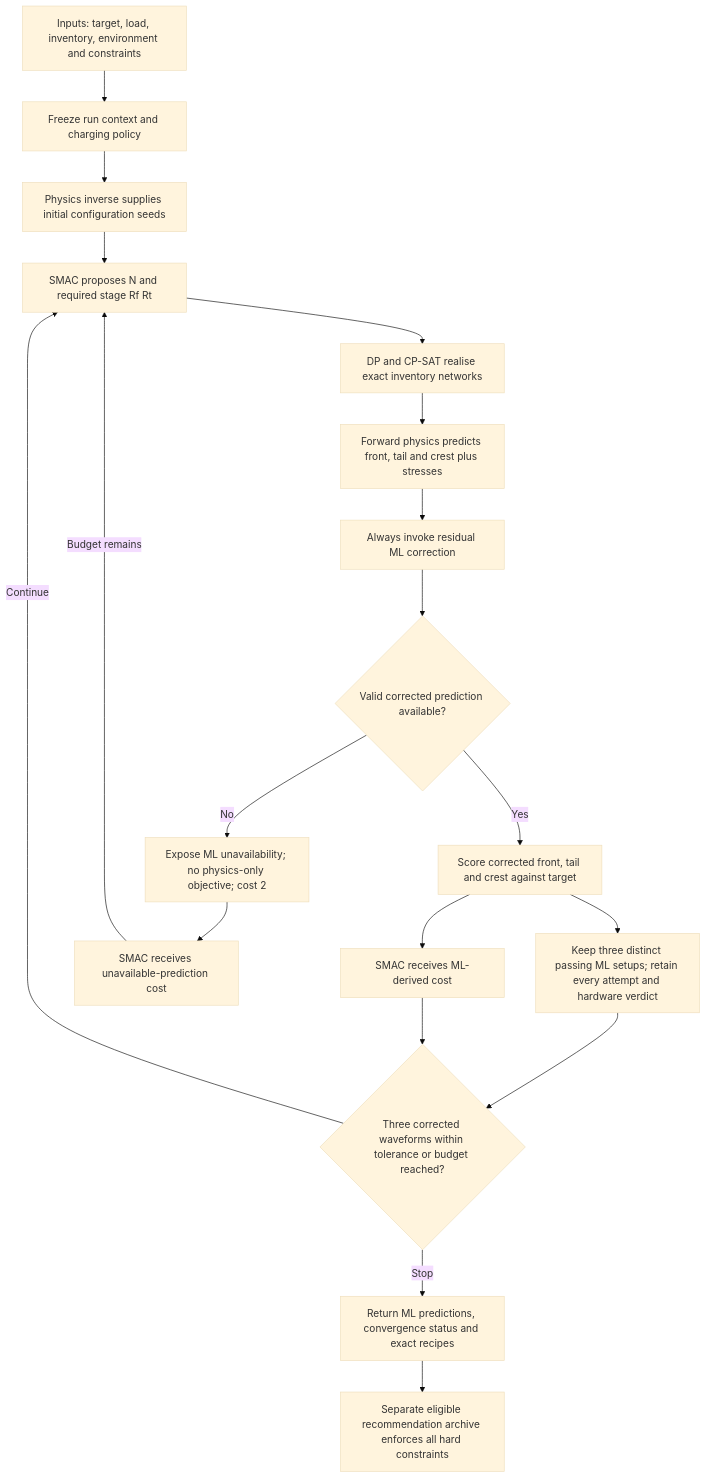
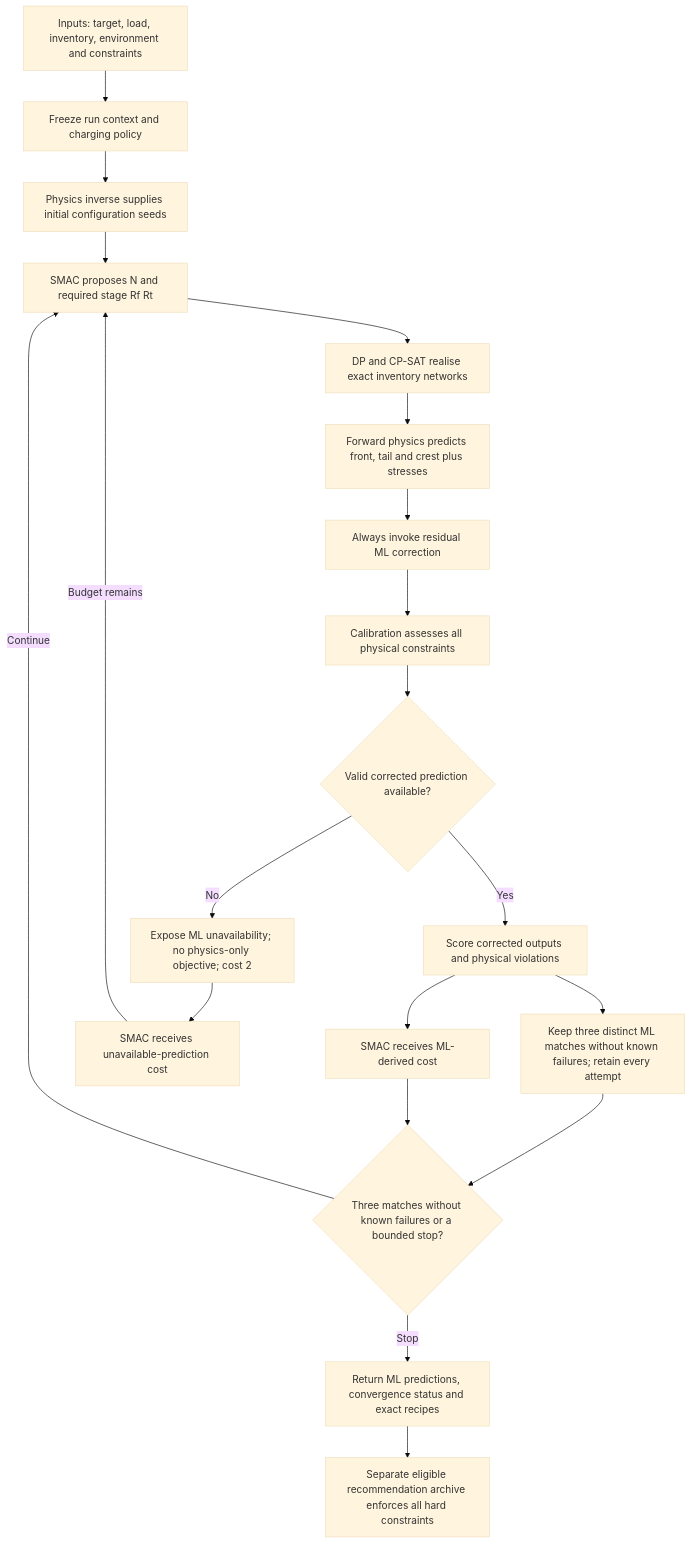
One commit to Faizaan-Nasir/ImpulseForge changed the first of 3 diagrams in docs/Marx_Generator_Technical_Implementation_Specification.md. Above: the diagram before and after it, drawn with Mermaid (base theme). The commit also changed other lines of this file and 19 other files, not shown here.

````diff
--- a/docs/Marx_Generator_Technical_Implementation_Specification.md
+++ b/docs/Marx_Generator_Technical_Implementation_Specification.md
@@ -775,21 +775,22 @@
 ```mermaid
 flowchart TB
     A[Inputs: target, load, inventory, environment and constraints] --> B[Freeze run context and charging policy]
     B --> C[Physics inverse supplies initial configuration seeds]
     C --> D[SMAC proposes N and required stage Rf Rt]
     D --> E[DP and CP-SAT realise exact inventory networks]
     E --> F[Forward physics predicts front, tail and crest plus stresses]
     F --> G[Always invoke residual ML correction]
-    G --> H{Valid corrected prediction available?}
+    G --> Cal[Calibration assesses all physical constraints]
+    Cal --> H{Valid corrected prediction available?}
     H -->|No| I[Expose ML unavailability; no physics-only objective; cost 2]
-    H -->|Yes| J[Score corrected front, tail and crest against target]
-    J --> K[Keep three distinct passing ML setups; retain every attempt and hardware verdict]
-    K --> L{Three corrected waveforms within tolerance or budget reached?}
+    H -->|Yes| J[Score corrected outputs and physical violations]
+    J --> K[Keep three distinct ML matches without known failures; retain every attempt]
+    K --> L{Three matches without known failures or a bounded stop?}
     I --> M[SMAC receives unavailable-prediction cost]
     M -->|Budget remains| D
     J --> N[SMAC receives ML-derived cost]
     N --> L
     L -->|Continue| D
     L -->|Stop| O[Return ML predictions, convergence status and exact recipes]
     O --> P[Separate eligible recommendation archive enforces all hard constraints]
 ```
````
